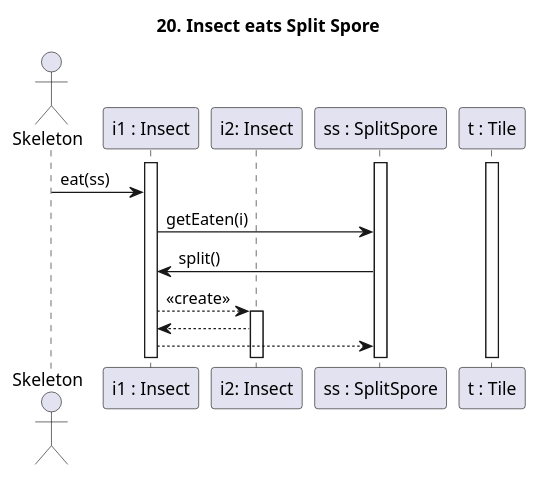
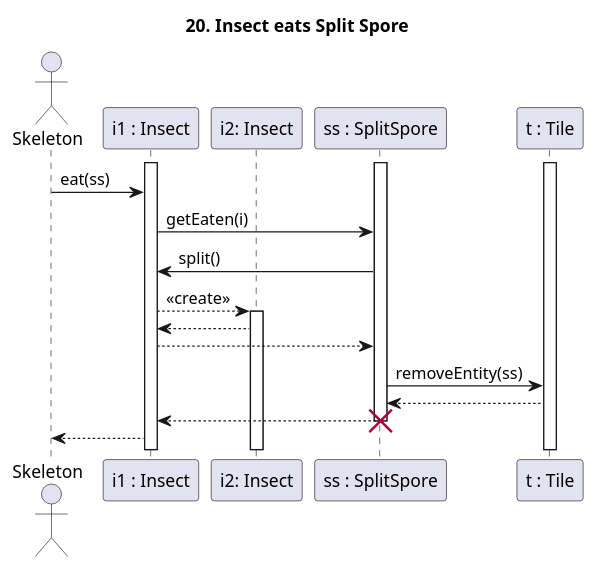
Before and after one commit to Harcipan/Projlab_nullpointerexception: the diagram in diagrams/diagramFiles/SQ20_InsectSplitSpore.puml, drawn with PlantUML. The commit also changed 10 other files, not shown here.

```diff
--- a/diagrams/diagramFiles/SQ20_InsectSplitSpore.puml
+++ b/diagrams/diagramFiles/SQ20_InsectSplitSpore.puml
@@ -1,23 +1,33 @@
 @startuml 20. Insect eats Split Spore
 
 title 20. Insect eats Split Spore
 
 actor "Skeleton" as PP
 participant "i1 : Insect" as I
 participant "i2: Insect" as I2
 participant "ss : SplitSpore" as Sp
 participant "t : Tile" as T
 
 activate I
 activate T
 activate Sp
 
 PP -> I : eat(ss)
 I -> Sp : getEaten(i)
 Sp -> I : split()
 I --> I2 : <<create>>
 activate I2
 I2 --> I
 I --> Sp
 
+
+Sp -> T : removeEntity(ss)
+T --> Sp
+
+Sp --> I
+destroy Sp
+
+I --> PP
+
+
 @enduml
```
